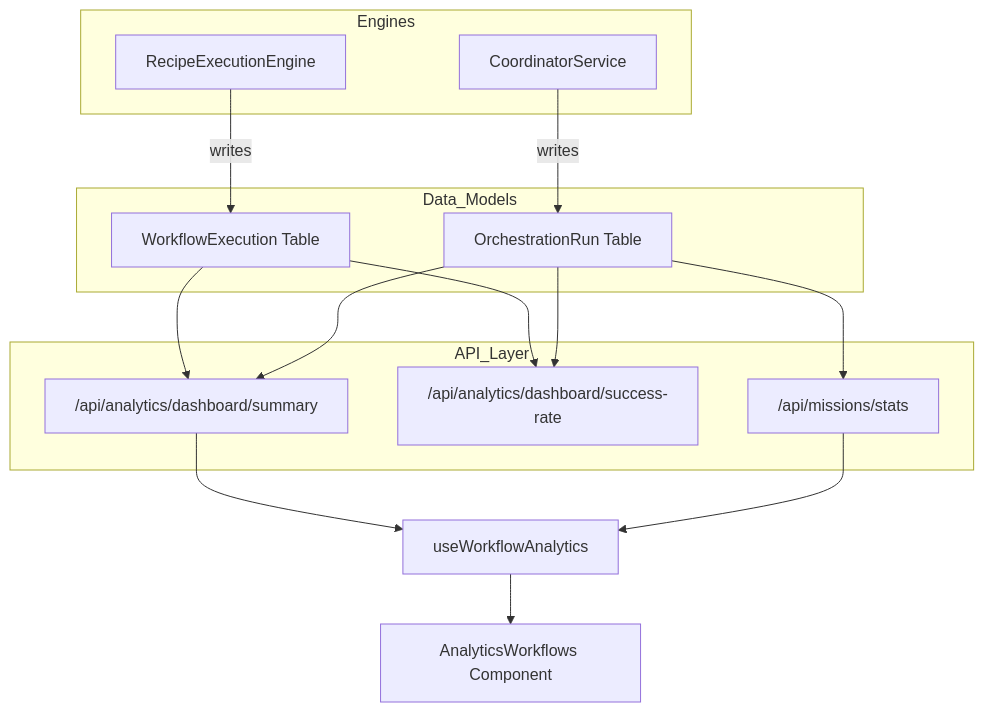
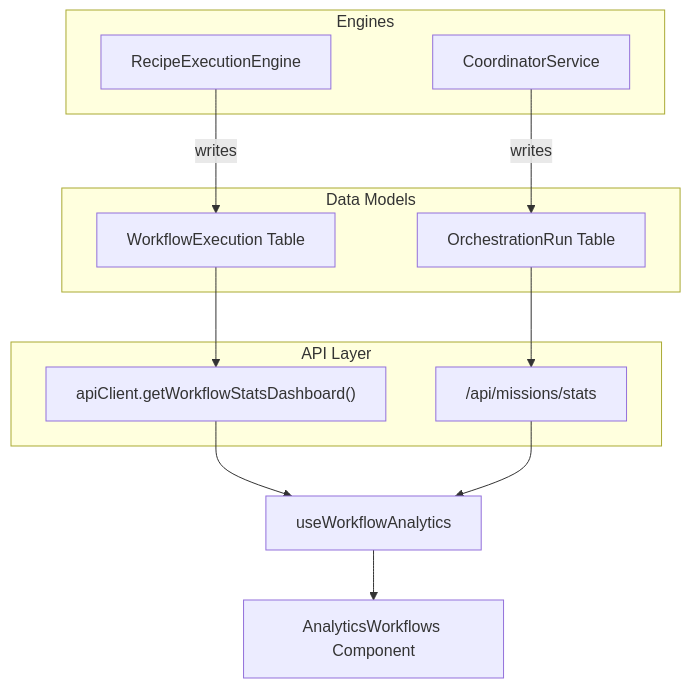
The second of 5 diagrams in docs/analytics-monitoring/agent-workflow-analytics.md (AutomatosAI/automatos-ai), drawn with Mermaid before and after one commit. The commit also changed other lines of this file and 191 other files, not shown here.

````diff
--- a/docs/analytics-monitoring/agent-workflow-analytics.md
+++ b/docs/analytics-monitoring/agent-workflow-analytics.md
@@ -104,31 +104,28 @@
 ```mermaid
 graph TB
     subgraph "Engines"
         RecipeEng["RecipeExecutionEngine"]
         MissionCoord["CoordinatorService"]
     end
     
-    subgraph "Data_Models"
+    subgraph "Data Models"
         WFE["WorkflowExecution Table"]
         OR["OrchestrationRun Table"]
     end
     
-    subgraph "API_Layer"
-        SummaryAPI["/api/analytics/dashboard/summary"]
-        SuccessAPI["/api/analytics/dashboard/success-rate"]
-        MissionStatsAPI["/api/missions/stats"]
+    subgraph "API Layer"
+        WfStats["apiClient.getWorkflowStatsDashboard()"]
+        MissionStats["/api/missions/stats"]
     end
     
     RecipeEng -->|writes| WFE
     MissionCoord -->|writes| OR
     
-    WFE --> SummaryAPI
-    OR --> SummaryAPI
-    WFE --> SuccessAPI
-    OR --> SuccessAPI
-    OR --> MissionStatsAPI
+    WFE --> WfStats
+    OR --> MissionStats
     
-    SummaryAPI --> WfHook["useWorkflowAnalytics"]
-    MissionStatsAPI --> WfHook
+    WfStats --> WfHook["useWorkflowAnalytics"]
+    MissionStats --> WfHook
+    
     WfHook --> WfUI["AnalyticsWorkflows Component"]
 ```
````
